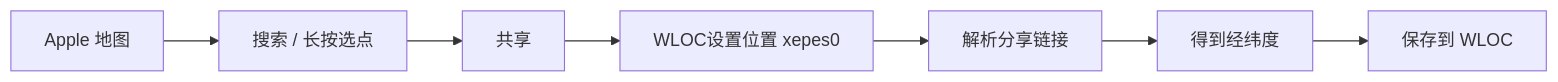
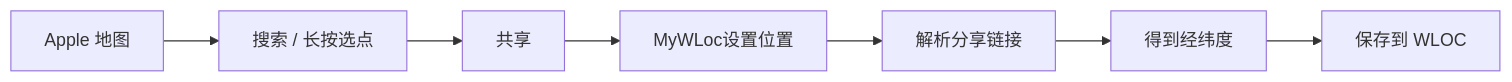
The fourth of 5 diagrams in README.md (muyu88/mywloc), drawn with Mermaid before and after one commit. The commit also changed other lines of this file and 19 other files, not shown here.

````diff
--- a/README.md
+++ b/README.md
@@ -284,9 +286,9 @@
 ```mermaid
 flowchart LR
     A[Apple 地图] --> B[搜索 / 长按选点]
     B --> C[共享]
-    C --> D[WLOC设置位置 xepes0]
+    C --> D[MyWLoc设置位置]
     D --> E[解析分享链接]
     E --> F[得到经纬度]
     F --> G[保存到 WLOC]
 ```
````
